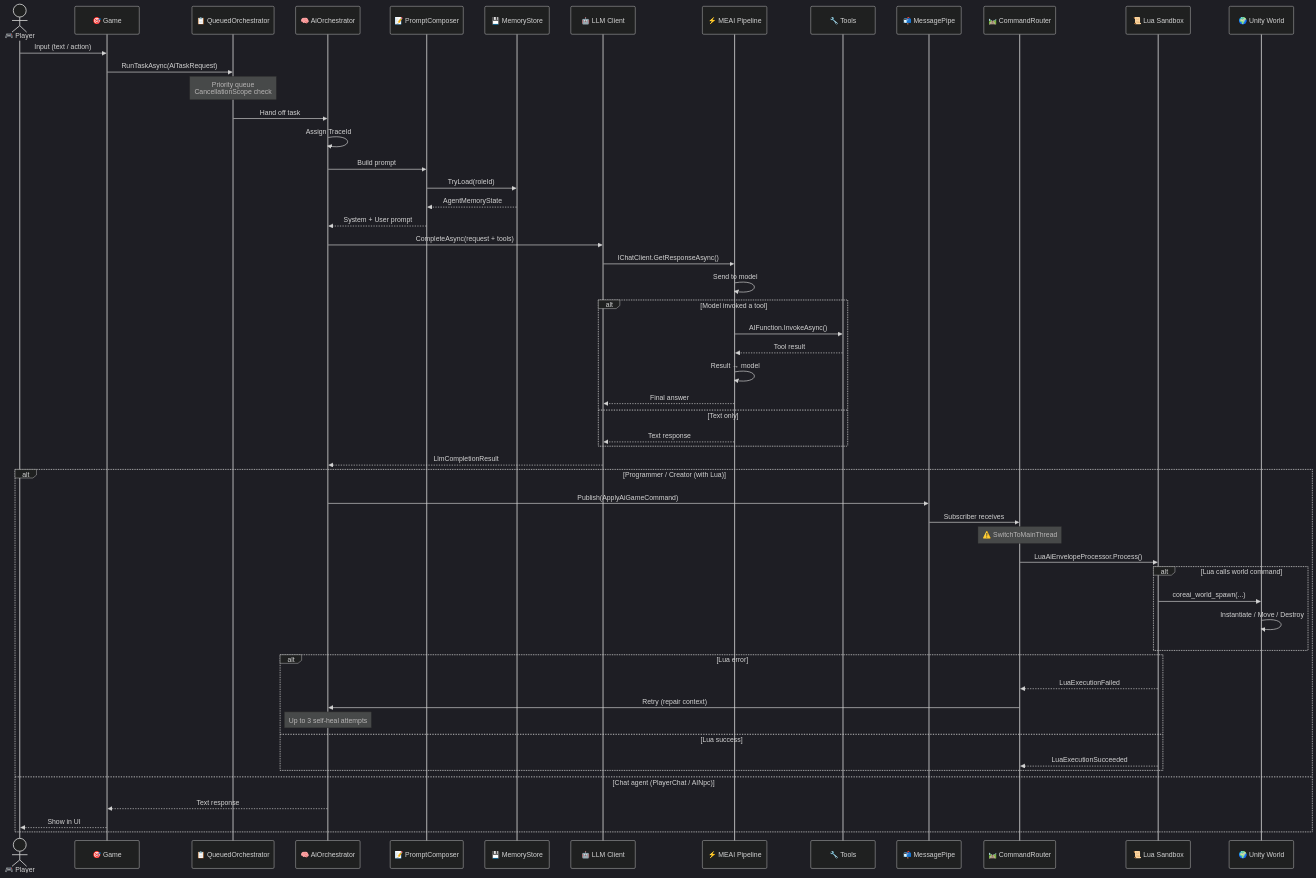
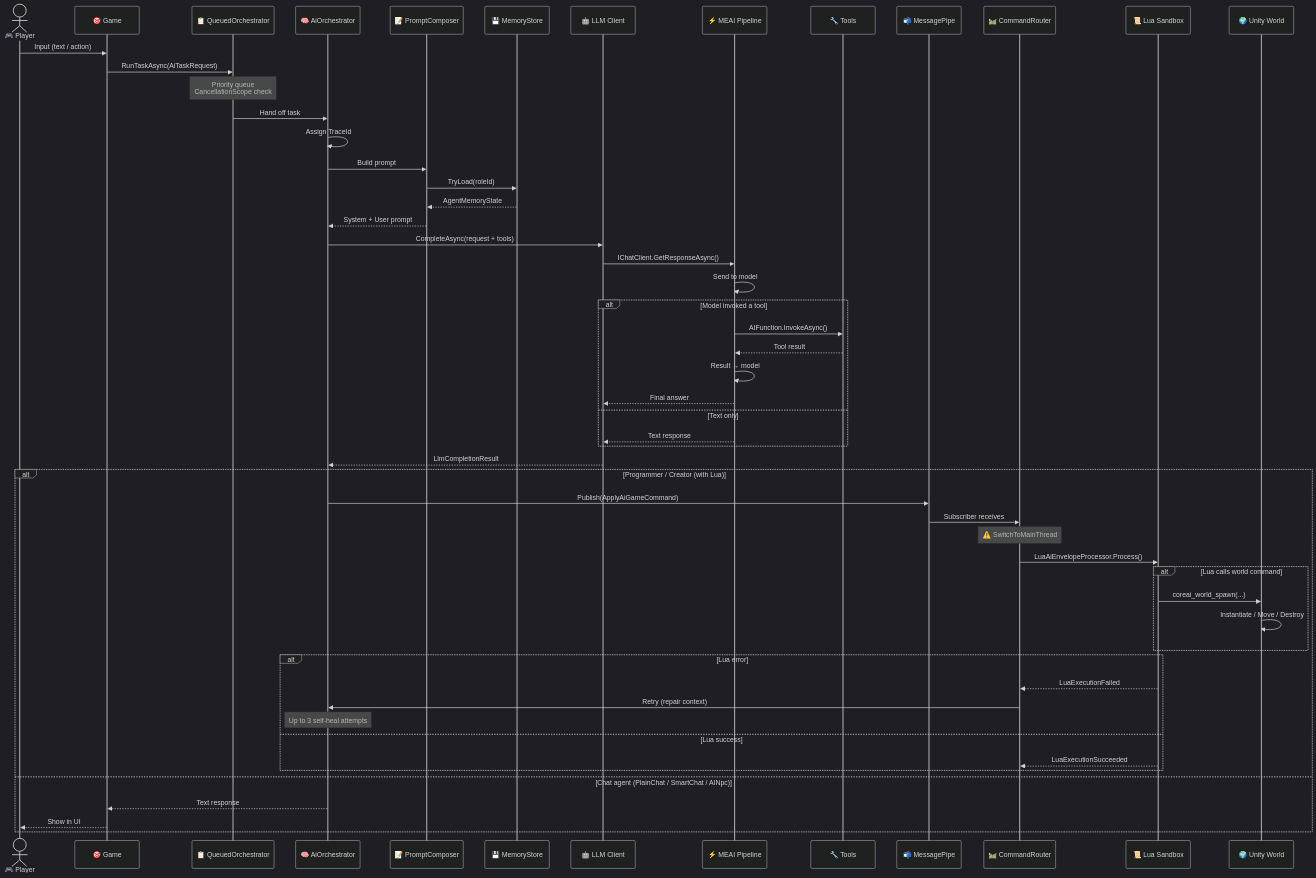
One commit to NeoXider/CoreAI changed the second of 2 diagrams in Assets/CoreAiUnity/Docs/COMMAND_FLOW_DIAGRAM.md. Above: the diagram before and after it, drawn with Mermaid (dark theme). The commit also changed 71 other files, not shown here.

Commit message:
### Built-in chat role split: PlainChat + SmartChat

````diff
--- a/Assets/CoreAiUnity/Docs/COMMAND_FLOW_DIAGRAM.md
+++ b/Assets/CoreAiUnity/Docs/COMMAND_FLOW_DIAGRAM.md
@@ -313,67 +313,67 @@
 ```mermaid
 sequenceDiagram
     actor Player as 🎮 Player
     participant Game as 🎯 Game
     participant Queue as 📋 QueuedOrchestrator
     participant Orch as 🧠 AiOrchestrator
     participant Prompt as 📝 PromptComposer
     participant Memory as 💾 MemoryStore
     participant LLM as 🤖 LLM Client
     participant MEAI as ⚡ MEAI Pipeline
     participant Tools as 🔧 Tools
     participant Bus as 📬 MessagePipe
     participant Router as 🛤️ CommandRouter
     participant Lua as 📜 Lua Sandbox
     participant World as 🌍 Unity World
 
     Player->>Game: Input (text / action)
     Game->>Queue: RunTaskAsync(AiTaskRequest)
     
     Note over Queue: Priority queue<br/>CancellationScope check
     Queue->>Orch: Hand off task
 
     Orch->>Orch: Assign TraceId
     Orch->>Prompt: Build prompt
     Prompt->>Memory: TryLoad(roleId)
     Memory-->>Prompt: AgentMemoryState
     Prompt-->>Orch: System + User prompt
 
     Orch->>LLM: CompleteAsync(request + tools)
     LLM->>MEAI: IChatClient.GetResponseAsync()
     MEAI->>MEAI: Send to model
 
     alt Model invoked a tool
         MEAI->>Tools: AIFunction.InvokeAsync()
         Tools-->>MEAI: Tool result
         MEAI->>MEAI: Result → model
         MEAI-->>LLM: Final answer
     else Text only
         MEAI-->>LLM: Text response
     end
 
     LLM-->>Orch: LlmCompletionResult
 
     alt Programmer / Creator (with Lua)
         Orch->>Bus: Publish(ApplyAiGameCommand)
         Bus->>Router: Subscriber receives
         
         Note over Router: ⚠️ SwitchToMainThread
         Router->>Lua: LuaAiEnvelopeProcessor.Process()
         
         alt Lua calls world command
             Lua->>World: coreai_world_spawn(...)
             World->>World: Instantiate / Move / Destroy
         end
 
         alt Lua error
             Lua-->>Router: LuaExecutionFailed
             Router->>Orch: Retry (repair context)
             Note over Orch: Up to 3 self-heal attempts
         else Lua success
             Lua-->>Router: LuaExecutionSucceeded
         end
-    else Chat agent (PlayerChat / AINpc)
+    else Chat agent (PlainChat / SmartChat / AINpc)
         Orch-->>Game: Text response
         Game-->>Player: Show in UI
     end
 ```
````
